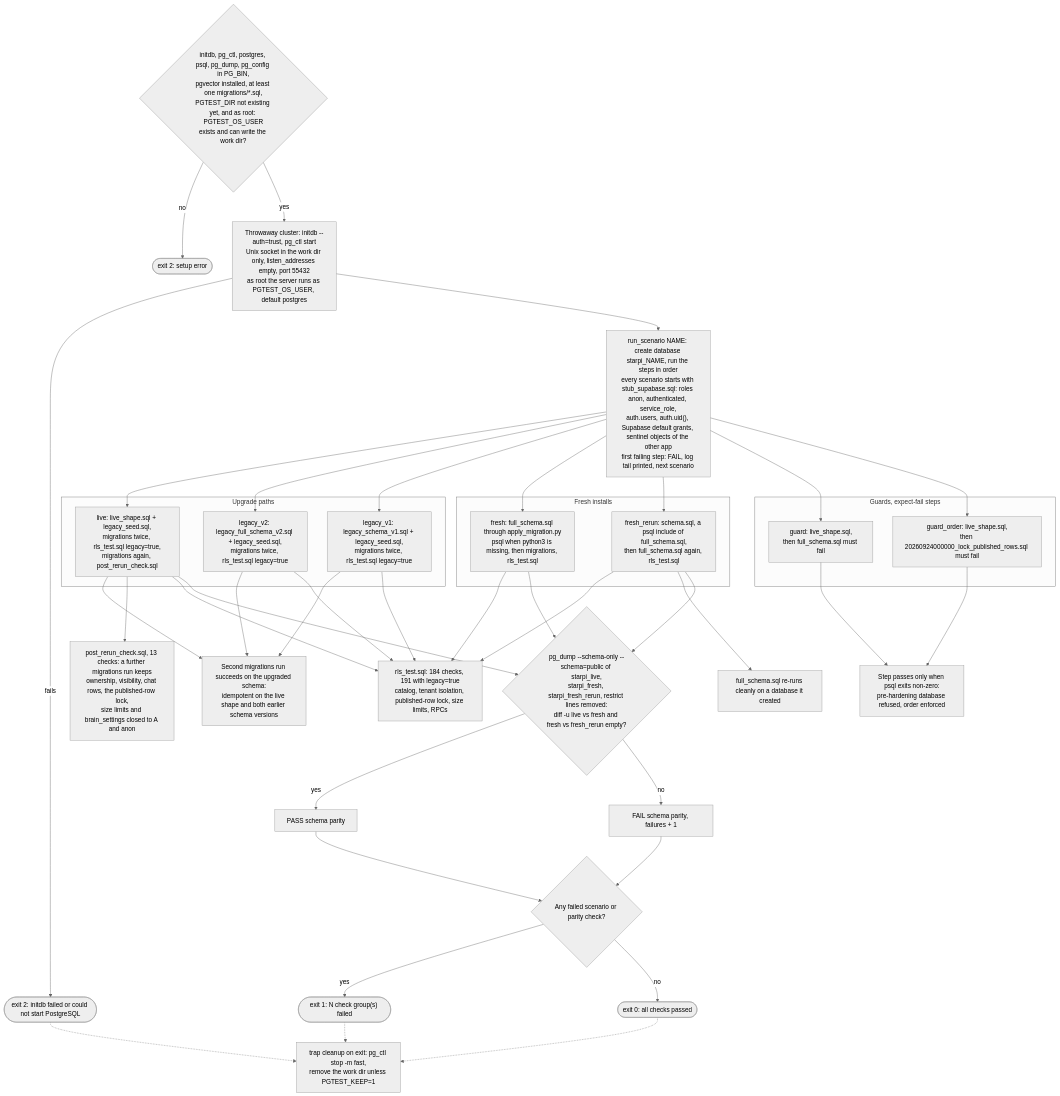
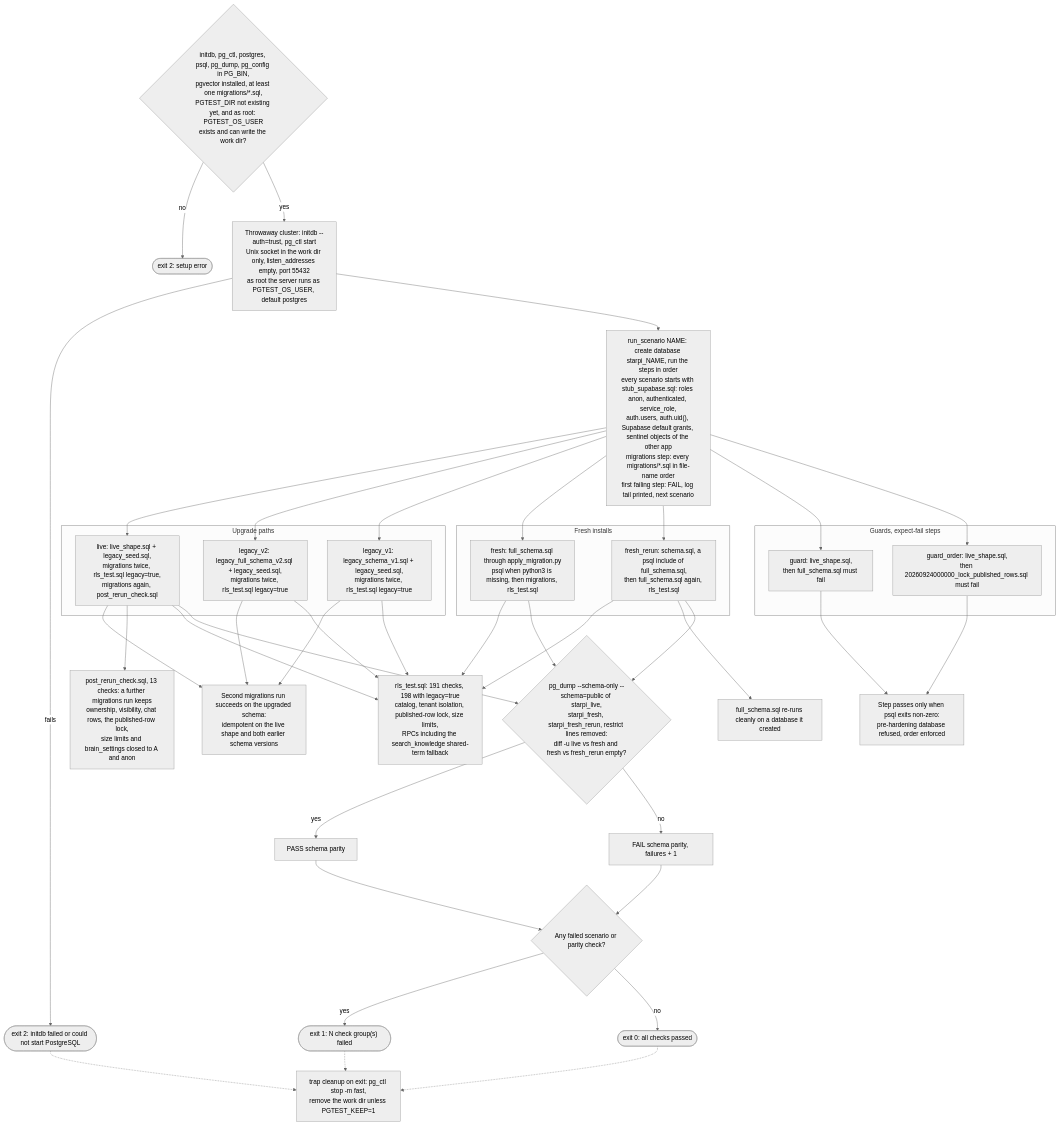
One commit to umutcantezgel-cpu/Starpi changed the sixth of 6 diagrams in backend/supabase/README.md. Above: the diagram before and after it, drawn with Mermaid (neutral theme). The commit also changed other lines of this file and 15 other files, not shown here.

````diff
--- a/backend/supabase/README.md
+++ b/backend/supabase/README.md
@@ -501,68 +503,68 @@
 ```mermaid
 flowchart TD
     setup{"initdb, pg_ctl, postgres, psql, pg_dump, pg_config in PG_BIN,<br/>pgvector installed, at least one migrations/*.sql,<br/>PGTEST_DIR not existing yet, and as root: PGTEST_OS_USER<br/>exists and can write the work dir?"}
     setupErr(["exit 2: setup error"])
     cluster["Throwaway cluster: initdb --auth=trust, pg_ctl start<br/>Unix socket in the work dir only, listen_addresses empty, port 55432<br/>as root the server runs as PGTEST_OS_USER, default postgres"]
     setup -->|"no"| setupErr
     setup -->|"yes"| cluster
     clusterErr(["exit 2: initdb failed or could not start PostgreSQL"])
     cluster -->|"fails"| clusterErr
-    scen["run_scenario NAME: create database starpi_NAME, run the steps in order<br/>every scenario starts with stub_supabase.sql: roles anon, authenticated, service_role,<br/>auth.users, auth.uid(), Supabase default grants, sentinel objects of the other app<br/>first failing step: FAIL, log tail printed, next scenario"]
+    scen["run_scenario NAME: create database starpi_NAME, run the steps in order<br/>every scenario starts with stub_supabase.sql: roles anon, authenticated, service_role,<br/>auth.users, auth.uid(), Supabase default grants, sentinel objects of the other app<br/>migrations step: every migrations/*.sql in file-name order<br/>first failing step: FAIL, log tail printed, next scenario"]
     cluster --> scen
 
     subgraph sg_upgrade["Upgrade paths"]
         live["live: live_shape.sql + legacy_seed.sql,<br/>migrations twice, rls_test.sql legacy=true,<br/>migrations again, post_rerun_check.sql"]
         v2["legacy_v2: legacy_full_schema_v2.sql + legacy_seed.sql,<br/>migrations twice, rls_test.sql legacy=true"]
         v1["legacy_v1: legacy_schema_v1.sql + legacy_seed.sql,<br/>migrations twice, rls_test.sql legacy=true"]
     end
     subgraph sg_fresh["Fresh installs"]
         fresh["fresh: full_schema.sql through apply_migration.py<br/>psql when python3 is missing, then migrations, rls_test.sql"]
         rerunS["fresh_rerun: schema.sql, a psql include of full_schema.sql,<br/>then full_schema.sql again, rls_test.sql"]
     end
     subgraph sg_guard["Guards, expect-fail steps"]
         guard["guard: live_shape.sql,<br/>then full_schema.sql must fail"]
         guardOrder["guard_order: live_shape.sql,<br/>then 20260924000000_lock_published_rows.sql must fail"]
     end
     scen --> live
     scen --> v2
     scen --> v1
     scen --> fresh
     scen --> rerunS
     scen --> guard
     scen --> guardOrder
 
     aIdem["Second migrations run succeeds on the upgraded schema:<br/>idempotent on the live shape and both earlier schema versions"]
-    aRls["rls_test.sql: 184 checks, 191 with legacy=true<br/>catalog, tenant isolation, published-row lock, size limits, RPCs"]
+    aRls["rls_test.sql: 191 checks, 198 with legacy=true<br/>catalog, tenant isolation, published-row lock, size limits,<br/>RPCs including the search_knowledge shared-term fallback"]
     aPost["post_rerun_check.sql, 13 checks: a further migrations run keeps<br/>ownership, visibility, chat rows, the published-row lock,<br/>size limits and brain_settings closed to A and anon"]
     aGuard["Step passes only when psql exits non-zero:<br/>pre-hardening database refused, order enforced"]
     aFreshRerun["full_schema.sql re-runs cleanly on a database it created"]
     live --> aIdem
     v2 --> aIdem
     v1 --> aIdem
     live --> aPost
     live --> aRls
     v2 --> aRls
     v1 --> aRls
     fresh --> aRls
     rerunS --> aRls
     rerunS --> aFreshRerun
     guard --> aGuard
     guardOrder --> aGuard
 
     parity{"pg_dump --schema-only --schema=public of starpi_live,<br/>starpi_fresh, starpi_fresh_rerun, restrict lines removed:<br/>diff -u live vs fresh and fresh vs fresh_rerun empty?"}
     live --> parity
     fresh --> parity
     rerunS --> parity
     parity -->|"yes"| parityOk["PASS schema parity"]
     parity -->|"no"| parityFail["FAIL schema parity, failures + 1"]
 
     result{"Any failed scenario or parity check?"}
     parityOk --> result
     parityFail --> result
     result -->|"yes"| exit1(["exit 1: N check group(s) failed"])
     result -->|"no"| exit0(["exit 0: all checks passed"])
     cleanup["trap cleanup on exit: pg_ctl stop -m fast,<br/>remove the work dir unless PGTEST_KEEP=1"]
     exit1 -.-> cleanup
     exit0 -.-> cleanup
     clusterErr -.-> cleanup
 ```
````
